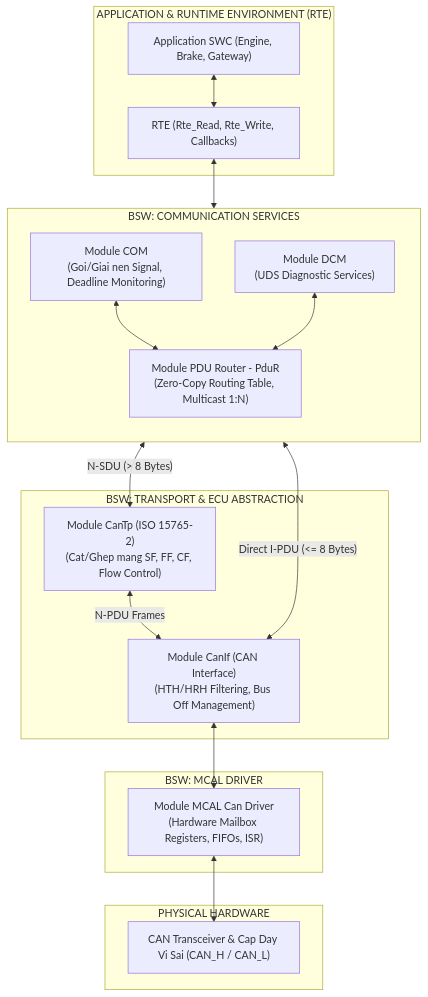
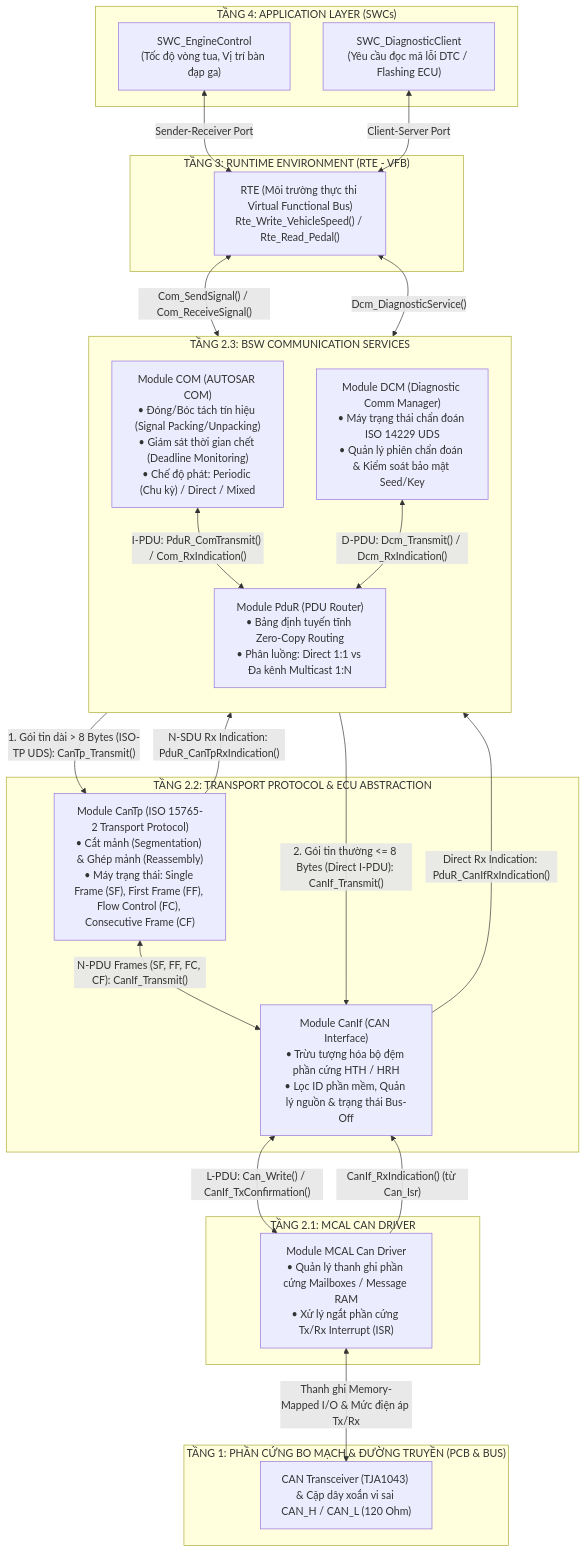
The third of 6 diagrams in docs/theory/03_Communication_Stack_And_CAN_Protocol.md (liemvu12/Study_AUTOSAR), drawn with Mermaid before and after one commit. The commit also changed other lines of this file and 62 other files, not shown here.

````diff
--- a/docs/theory/03_Communication_Stack_And_CAN_Protocol.md
+++ b/docs/theory/03_Communication_Stack_And_CAN_Protocol.md
@@ -1205,38 +1158,66 @@
 ```mermaid
 flowchart TD
-    subgraph LAYER_APP ["APPLICATION & RUNTIME ENVIRONMENT (RTE)"]
-        SWC["Application SWC (Engine, Brake, Gateway)"]
-        RTE["RTE (Rte_Read, Rte_Write, Callbacks)"]
-        SWC <--> RTE
+    %% TẦNG 4: APPLICATION LAYER
+    subgraph LAYER_APP ["TẦNG 4: APPLICATION LAYER (SWCs)"]
+        SWC_ENG["SWC_EngineControl<br>(Tốc độ vòng tua, Vị trí bàn đạp ga)"]
+        SWC_DIAG["SWC_DiagnosticClient<br>(Yêu cầu đọc mã lỗi DTC / Flashing ECU)"]
     end
 
-    subgraph LAYER_SVC ["BSW: COMMUNICATION SERVICES"]
-        direction TB
-        COM["Module COM\n(Goi/Giai nen Signal, Deadline Monitoring)"]
-        DCM["Module DCM\n(UDS Diagnostic Services)"]
-        PDUR["Module PDU Router - PduR\n(Zero-Copy Routing Table, Multicast 1:N)"]
-        
-        RTE <--> COM
-        COM <--> PDUR
-        DCM <--> PDUR
+    %% TẦNG 3: RUNTIME ENVIRONMENT
+    subgraph LAYER_RTE ["TẦNG 3: RUNTIME ENVIRONMENT (RTE - VFB)"]
+        RTE["RTE (Môi trường thực thi Virtual Functional Bus)<br>Rte_Write_VehicleSpeed() / Rte_Read_Pedal()"]
     end
 
-    subgraph LAYER_IF_TP ["BSW: TRANSPORT & ECU ABSTRACTION"]
-        CANTP["Module CanTp (ISO 15765-2)\n(Cat/Ghep mang SF, FF, CF, Flow Control)"]
-        CANIF["Module CanIf (CAN Interface)\n(HTH/HRH Filtering, Bus Off Management)"]
-        
-        PDUR <-->|"N-SDU (> 8 Bytes)"| CANTP
-        PDUR <-->|"Direct I-PDU (<= 8 Bytes)"| CANIF
-        CANTP <-->|"N-PDU Frames"| CANIF
+    %% TẦNG 2.3: BSW COMMUNICATION SERVICES
+    subgraph LAYER_SVC ["TẦNG 2.3: BSW COMMUNICATION SERVICES"]
+        direction TB
+        COM["Module COM (AUTOSAR COM)<br>• Đóng/Bóc tách tín hiệu (Signal Packing/Unpacking)<br>• Giám sát thời gian chết (Deadline Monitoring)<br>• Chế độ phát: Periodic (Chu kỳ) / Direct / Mixed"]
+        DCM["Module DCM (Diagnostic Comm Manager)<br>• Máy trạng thái chẩn đoán ISO 14229 UDS<br>• Quản lý phiên chẩn đoán & Kiểm soát bảo mật Seed/Key"]
+        PDUR["Module PduR (PDU Router)<br>• Bảng định tuyến tĩnh Zero-Copy Routing<br>• Phân luồng: Direct 1:1 vs Đa kênh Multicast 1:N"]
     end
 
-    subgraph LAYER_MCAL ["BSW: MCAL DRIVER"]
-        CAN["Module MCAL Can Driver\n(Hardware Mailbox Registers, FIFOs, ISR)"]
-        CANIF <--> CAN
+    %% TẦNG 2.2: TRANSPORT & ECU ABSTRACTION
+    subgraph LAYER_TP_IF ["TẦNG 2.2: TRANSPORT PROTOCOL & ECU ABSTRACTION"]
+        CANTP["Module CanTp (ISO 15765-2 Transport Protocol)<br>• Cắt mảnh (Segmentation) & Ghép mảnh (Reassembly)<br>• Máy trạng thái: Single Frame (SF), First Frame (FF), Flow Control (FC), Consecutive Frame (CF)"]
+        CANIF["Module CanIf (CAN Interface)<br>• Trừu tượng hóa bộ đệm phần cứng HTH / HRH<br>• Lọc ID phần mềm, Quản lý nguồn & trạng thái Bus-Off"]
     end
 
-    subgraph LAYER_HW ["PHYSICAL HARDWARE"]
-        PHY["CAN Transceiver & Cap Day Vi Sai (CAN_H / CAN_L)"]
-        CAN <--> PHY
+    %% TẦNG 2.1: MCAL DRIVER
+    subgraph LAYER_MCAL ["TẦNG 2.1: MCAL CAN DRIVER"]
+        CAN["Module MCAL Can Driver<br>• Quản lý thanh ghi phần cứng Mailboxes / Message RAM<br>• Xử lý ngắt phần cứng Tx/Rx Interrupt (ISR)"]
     end
+
+    %% TẦNG 1: HARDWARE
+    subgraph LAYER_HW ["TẦNG 1: PHẦN CỨNG BO MẠCH & ĐƯỜNG TRUYỀN (PCB & BUS)"]
+        PHY["CAN Transceiver (TJA1043) & Cặp dây xoắn vi sai CAN_H / CAN_L (120 Ohm)"]
+    end
+
+    %% Tuyến App <-> RTE
+    SWC_ENG <-->|Sender-Receiver Port| RTE
+    SWC_DIAG <-->|Client-Server Port| RTE
+
+    %% Tuyến RTE <-> Services
+    RTE <-->|"Com_SendSignal() / Com_ReceiveSignal()"| COM
+    RTE <-->|"Dcm_DiagnosticService()"| DCM
+
+    %% Tuyến Services nội bộ
+    COM <-->|"I-PDU: PduR_ComTransmit() / Com_RxIndication()"| PDUR
+    DCM <-->|"D-PDU: Dcm_Transmit() / Dcm_RxIndication()"| PDUR
+
+    %% PHÂN LUỒNG TẠI PDUR (Short vs Long Messages)
+    PDUR -->|"1. Gói tin dài > 8 Bytes (ISO-TP UDS): CanTp_Transmit()"| CANTP
+    CANTP -->|"N-SDU Rx Indication: PduR_CanTpRxIndication()"| PDUR
+    
+    PDUR -->|"2. Gói tin thường <= 8 Bytes (Direct I-PDU): CanIf_Transmit()"| CANIF
+    CANIF -->|"Direct Rx Indication: PduR_CanIfRxIndication()"| PDUR
+
+    %% Tuyến CanTp <-> CanIf
+    CANTP <-->|"N-PDU Frames (SF, FF, FC, CF): CanIf_Transmit()"| CANIF
+
+    %% Tuyến CanIf <-> MCAL Can
+    CANIF <-->|"L-PDU: Can_Write() / CanIf_TxConfirmation()"| CAN
+    CAN -->|"CanIf_RxIndication() (từ Can_Isr)"| CANIF
+
+    %% Tuyến MCAL Can <-> Hardware
+    CAN <-->|"Thanh ghi Memory-Mapped I/O & Mức điện áp Tx/Rx"| PHY
 ```
````
